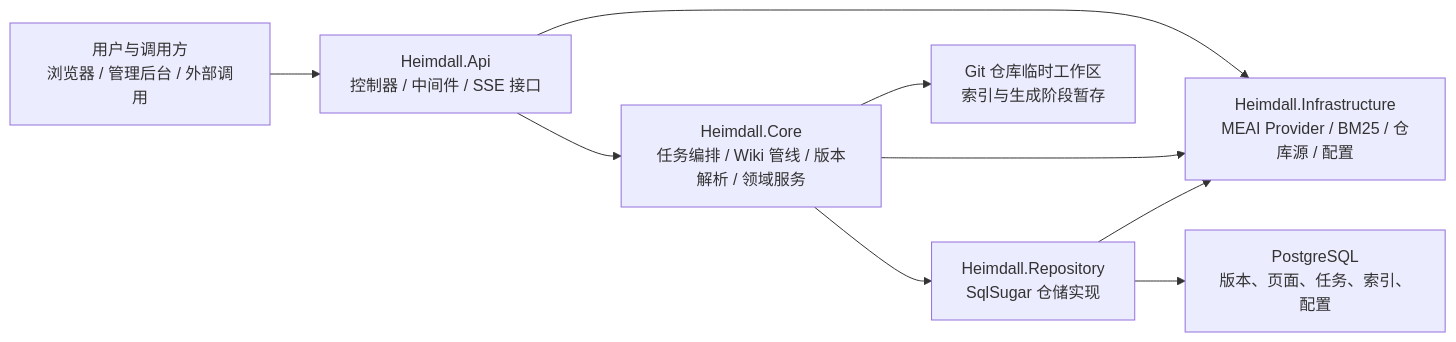
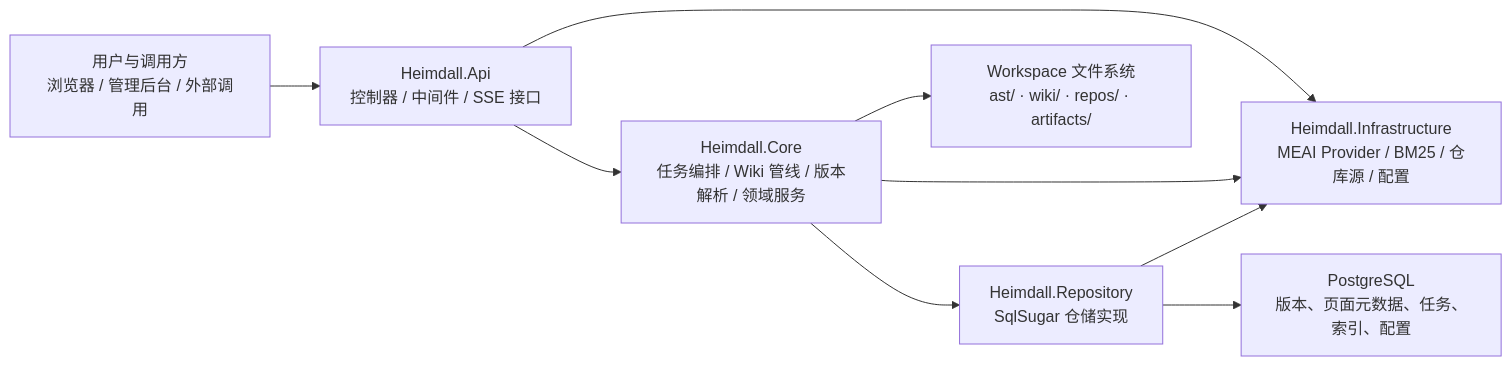
The diagram in docs/architecture/architecture.md (daohunliwei/Heimdall), drawn with Mermaid before and after one commit. The commit also changed other lines of this file and 5 other files, not shown here.

````diff
--- a/docs/architecture/architecture.md
+++ b/docs/architecture/architecture.md
@@ -26,11 +28,11 @@
 ```mermaid
 flowchart LR
     Client["用户与调用方<br/>浏览器 / 管理后台 / 外部调用"] --> Api["Heimdall.Api<br/>控制器 / 中间件 / SSE 接口"]
     Api --> Core["Heimdall.Core<br/>任务编排 / Wiki 管线 / 版本解析 / 领域服务"]
     Core --> Repo["Heimdall.Repository<br/>SqlSugar 仓储实现"]
     Api --> Infra["Heimdall.Infrastructure<br/>MEAI Provider / BM25 / 仓库源 / 配置"]
     Core --> Infra
     Repo --> Infra
-    Repo --> Pg["PostgreSQL<br/>版本、页面、任务、索引、配置"]
-    Core --> Worktree["Git 仓库临时工作区<br/>索引与生成阶段暂存"]
+    Repo --> Pg["PostgreSQL<br/>版本、页面元数据、任务、索引、配置"]
+    Core --> Workspace["Workspace 文件系统<br/>ast/ · wiki/ · repos/ · artifacts/"]
 ```
````
